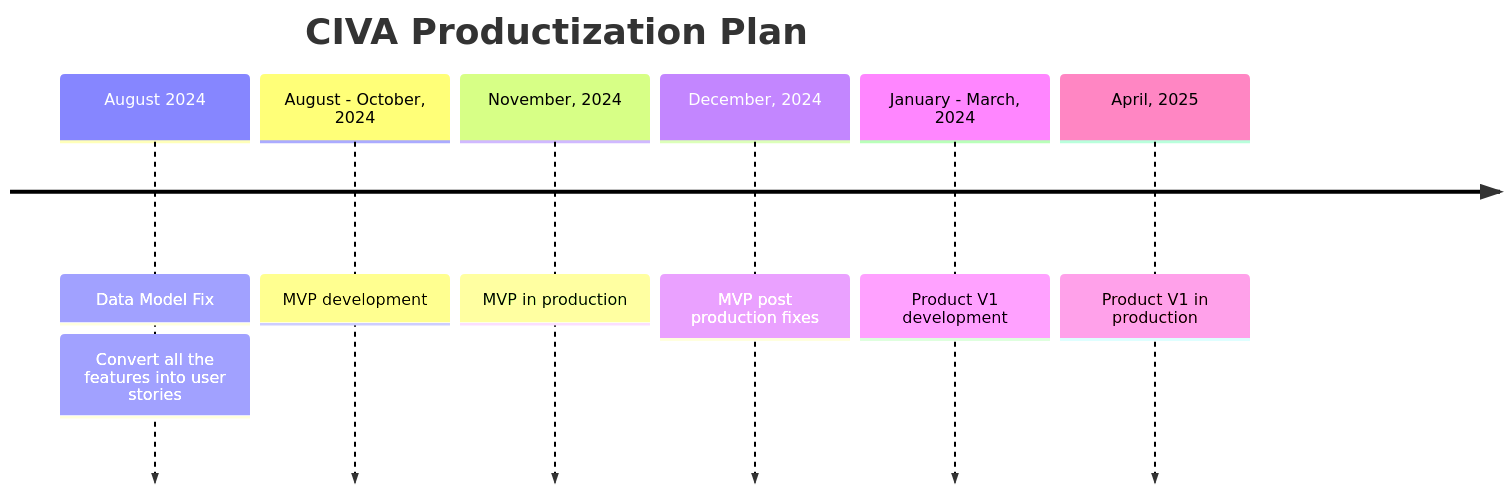
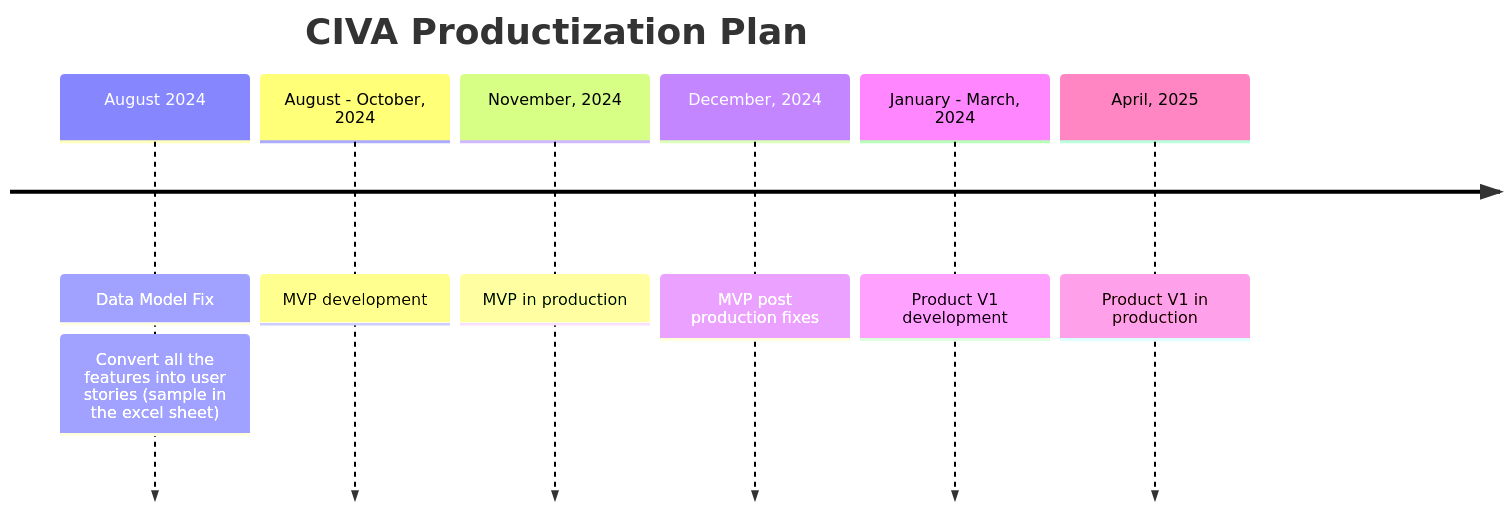
The diagram in road-map/roadmap.md (UXlySoftware/CIVA-Solution-Architecture), drawn with Mermaid before and after one commit. The commit also changed 5 other files, not shown here.

Commit message:
architecture and plan done

````diff
--- a/road-map/roadmap.md
+++ b/road-map/roadmap.md
@@ -13,12 +13,12 @@
 ```mermaid
 timeline
     title CIVA Productization Plan
     August 2024: Data Model Fix
-               : Convert all the features into user stories
+               : Convert all the features into user stories (sample in the excel sheet)
     August - October, 2024: MVP development
     November, 2024: MVP in production
     December, 2024: MVP post production fixes
     January - March, 2024: Product V1 development
     April, 2025: Product V1 in production
 
 ```
````
